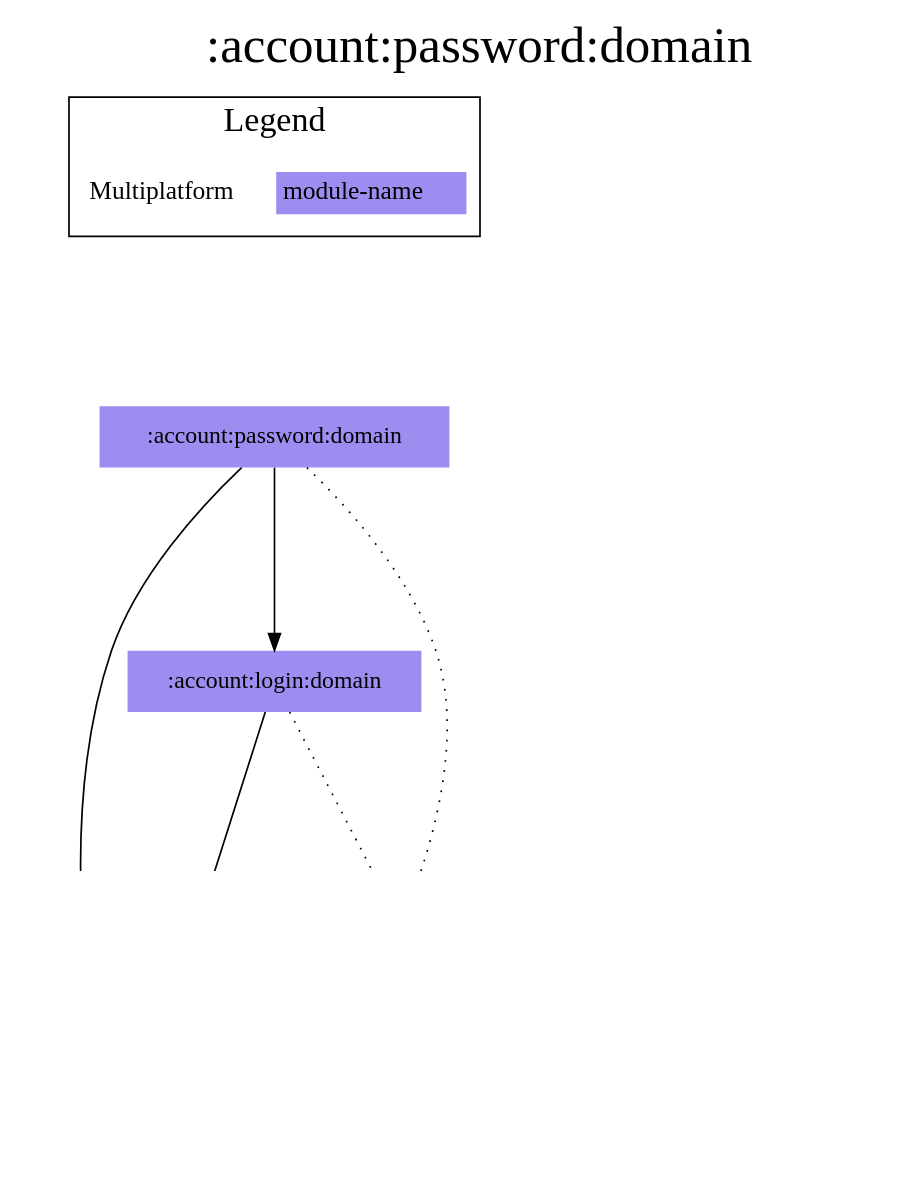
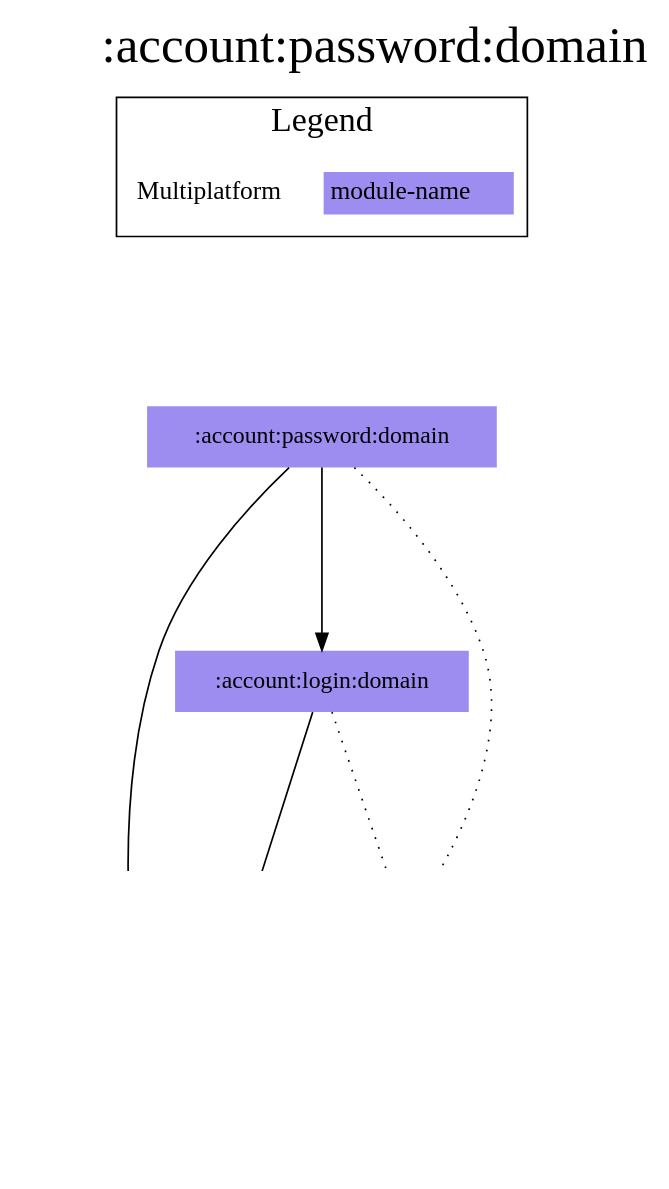
The diagram in modules/account/password/domain/project-dependency-graph.dot (jonapoul/aktual), drawn with Graphviz before and after one commit. The commit also changed 113 other files, not shown here.

```diff
--- a/modules/account/password/domain/project-dependency-graph.dot
+++ b/modules/account/password/domain/project-dependency-graph.dot
@@ -1,34 +1,32 @@
 digraph {
 edge ["dir"="forward"]
 graph ["dpi"="100","label"=":account:password:domain","labelloc"="t","fontsize"="30","ranksep"="1.5","rankdir"="TB"]
 node ["style"="filled"]
-":account:password:domain" ["fillcolor"="#9D8DF1","shape"="none"]
 ":account:login:domain" ["fillcolor"="#9D8DF1","shape"="none"]
 ":account:model" ["fillcolor"="#9D8DF1","shape"="none"]
+":account:password:domain" ["fillcolor"="#9D8DF1","shape"="none"]
 ":api:actual" ["fillcolor"="#9D8DF1","shape"="none"]
 ":budget:model" ["fillcolor"="#9D8DF1","shape"="none"]
 ":url:model" ["fillcolor"="#9D8DF1","shape"="none"]
-":codegen:annotation" ["fillcolor"="#9D8DF1","shape"="none"]
 {
 edge ["dir"="none"]
 graph ["rank"="same"]
 }
 ":account:login:domain" -> ":account:model"
 ":account:login:domain" -> ":api:actual" ["style"="dotted"]
 ":account:password:domain" -> ":account:login:domain"
 ":account:password:domain" -> ":account:model"
 ":account:password:domain" -> ":api:actual" ["style"="dotted"]
 ":api:actual" -> ":account:model"
 ":api:actual" -> ":budget:model"
-":api:actual" -> ":codegen:annotation" ["style"="dotted"]
 ":api:actual" -> ":url:model"
 subgraph "cluster_legend" {
 edge ["dir"="none"]
 graph ["label"="Legend","fontsize"="20"]
 "Legend" ["style"="filled","fillcolor"="#FFFFFF","shape"="none","margin"="0","fontsize"="15","label"=<
 <TABLE BORDER="0" CELLBORDER="0" CELLSPACING="0" CELLPADDING="4">
 <TR><TD>Multiplatform</TD><TD BGCOLOR="#9D8DF1">module-name</TD></TR>
 </TABLE>
 >]
 } -> ":account:password:domain" ["style"="invis"]
 }
```
